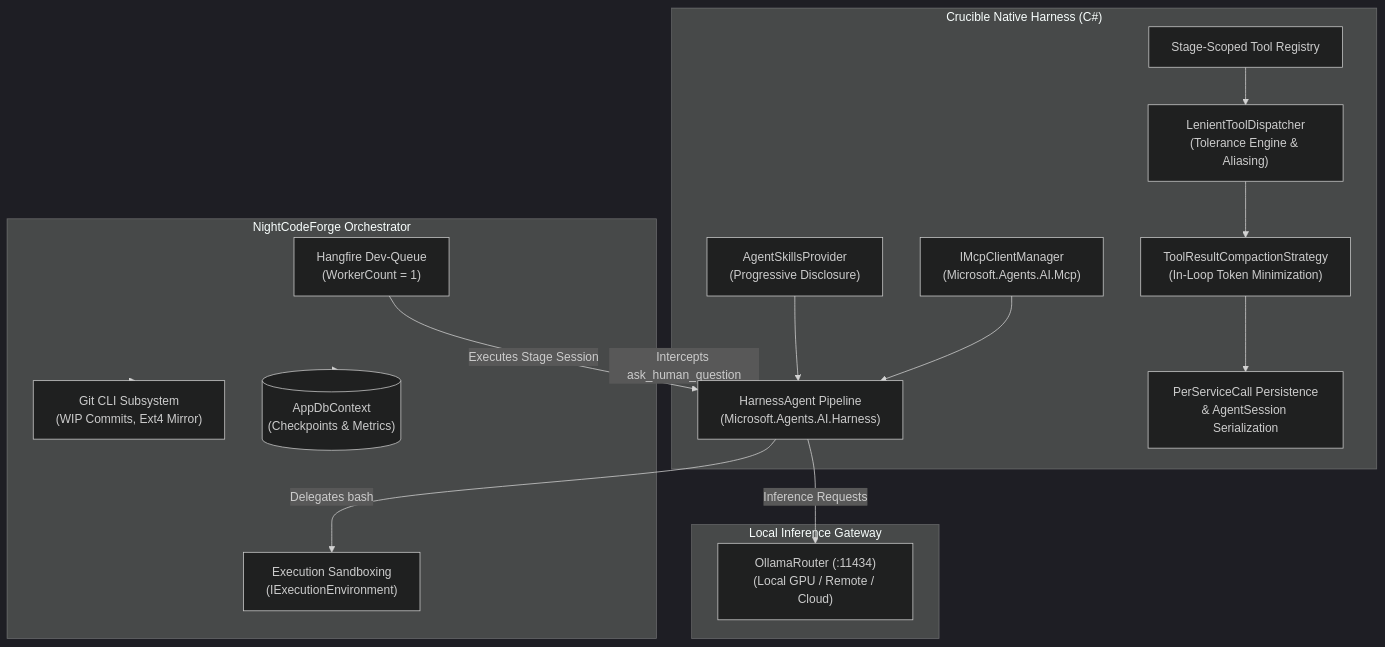
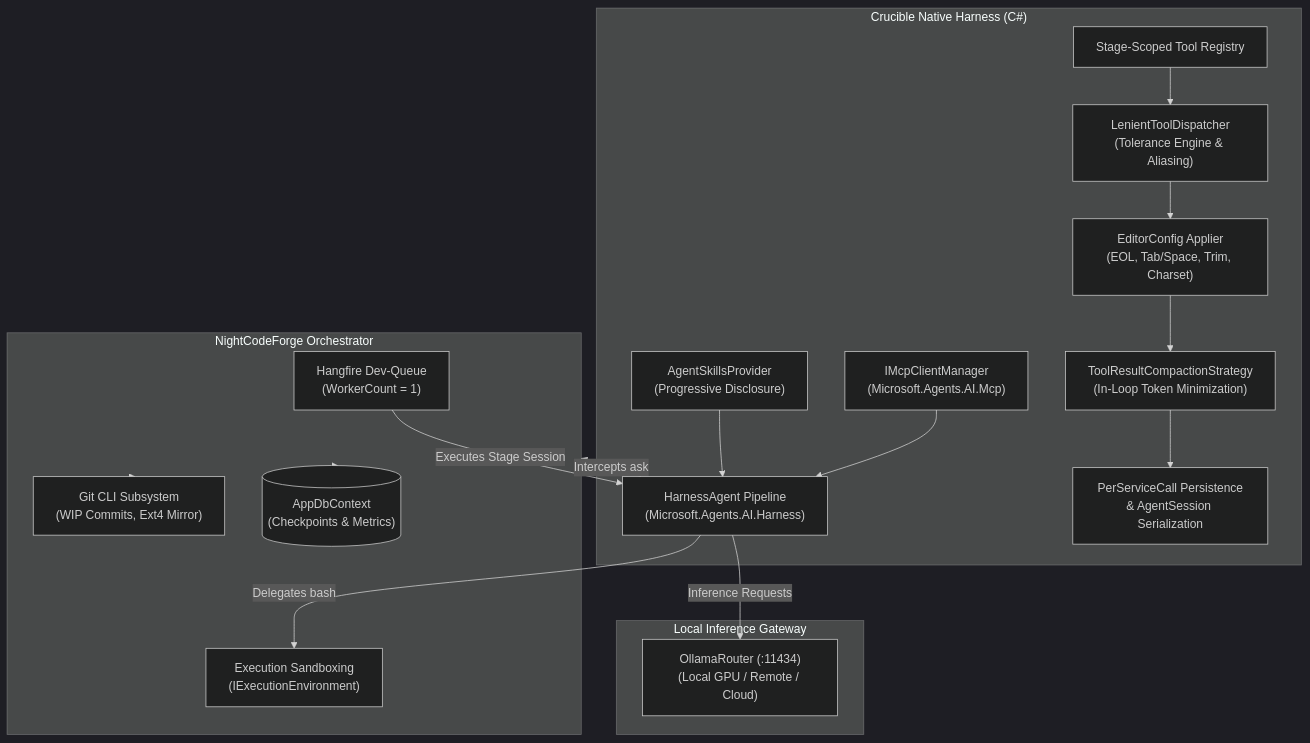
Before and after one commit to jetelain/NightCodeForge: the first of 8 diagrams in docs/CRUCIBLE.md, drawn with Mermaid (dark theme). The commit also changed other lines of this file and 4 other files, not shown here.

````diff
--- a/docs/CRUCIBLE.md
+++ b/docs/CRUCIBLE.md
@@ -10,35 +10,37 @@
 ```mermaid
 flowchart TD
     subgraph Forge ["NightCodeForge Orchestrator"]
         Queue["Hangfire Dev-Queue\n(WorkerCount = 1)"]
         Sandbox["Execution Sandboxing\n(IExecutionEnvironment)"]
         GitMgr["Git CLI Subsystem\n(WIP Commits, Ext4 Mirror)"]
         DB[("AppDbContext\n(Checkpoints & Metrics)")]
     end
 
     subgraph CrucibleEngine ["Crucible Native Harness (C#)"]
         Harness["HarnessAgent Pipeline\n(Microsoft.Agents.AI.Harness)"]
         Skills["AgentSkillsProvider\n(Progressive Disclosure)"]
         Dispatcher["LenientToolDispatcher\n(Tolerance Engine & Aliasing)"]
         ToolRegistry["Stage-Scoped Tool Registry"]
+        EditorConfigApplier["EditorConfig Applier\n(EOL, Tab/Space, Trim, Charset)"]
         Compaction["ToolResultCompactionStrategy\n(In-Loop Token Minimization)"]
         McpMgr["IMcpClientManager\n(Microsoft.Agents.AI.Mcp)"]
         Persistence["PerServiceCall Persistence\n& AgentSession Serialization"]
     end
 
     subgraph LLMGateway ["Local Inference Gateway"]
         Router["OllamaRouter (:11434)\n(Local GPU / Remote / Cloud)"]
     end
 
     Queue -->|Executes Stage Session| Harness
     Harness -->|Inference Requests| Router
     Harness -->|Delegates bash| Sandbox
-    Harness -->|Intercepts ask_human_question| Forge
+    Harness -->|Intercepts ask| Forge
     Forge --> GitMgr
     Forge --> DB
     ToolRegistry --> Dispatcher
-    Dispatcher --> Compaction
+    Dispatcher --> EditorConfigApplier
+    EditorConfigApplier --> Compaction
     Skills --> Harness
     Compaction --> Persistence
     McpMgr --> Harness
 ```
````
